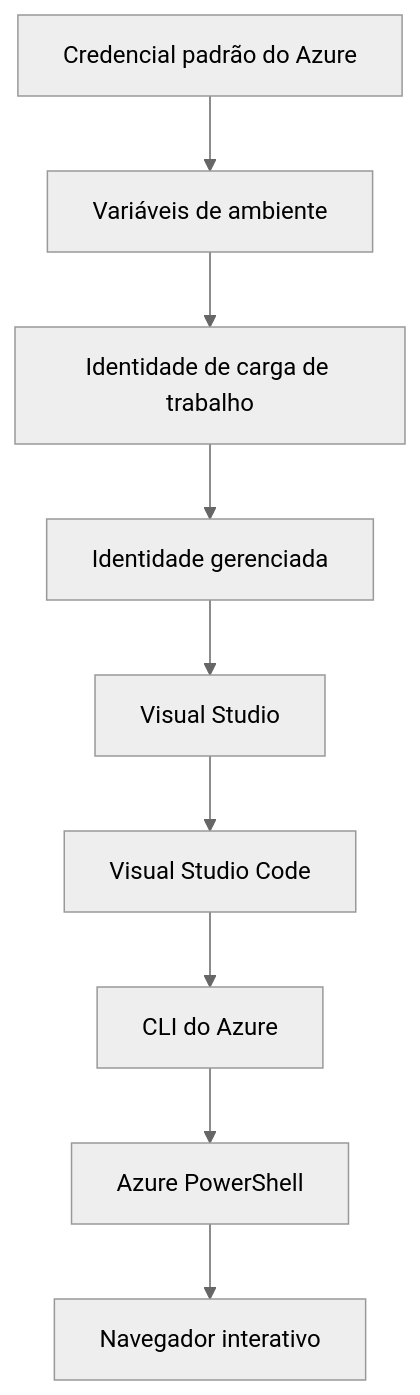
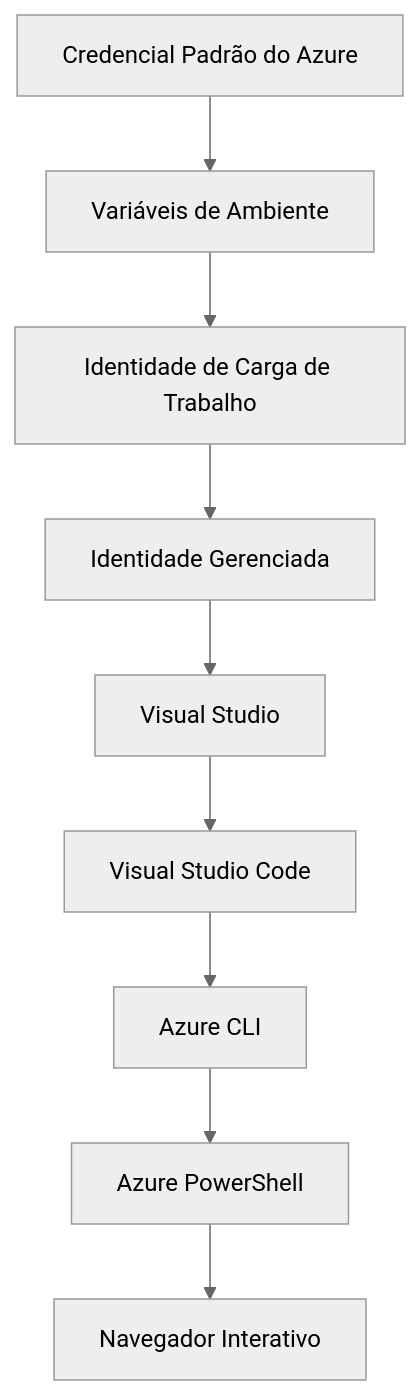
The second of 2 diagrams in translations/pt-BR/docs/chapter-01-foundation/azd-basics.md (microsoft/AZD-for-beginners), drawn with Mermaid (neutral theme) before and after one commit. The commit also changed other lines of this file and 101 other files, not shown here.

````diff
--- a/translations/pt-BR/docs/chapter-01-foundation/azd-basics.md
+++ b/translations/pt-BR/docs/chapter-01-foundation/azd-basics.md
@@ -558,11 +593,11 @@
 ```mermaid
 graph TD
-    A[Credencial padrão do Azure] --> B[Variáveis de ambiente]
-    B --> C[Identidade de carga de trabalho]
-    C --> D[Identidade gerenciada]
+    A[Credencial Padrão do Azure] --> B[Variáveis de Ambiente]
+    B --> C[Identidade de Carga de Trabalho]
+    C --> D[Identidade Gerenciada]
     D --> E[Visual Studio]
     E --> F[Visual Studio Code]
-    F --> G[CLI do Azure]
+    F --> G[Azure CLI]
     G --> H[Azure PowerShell]
-    H --> I[Navegador interativo]
+    H --> I[Navegador Interativo]
 ```
````
